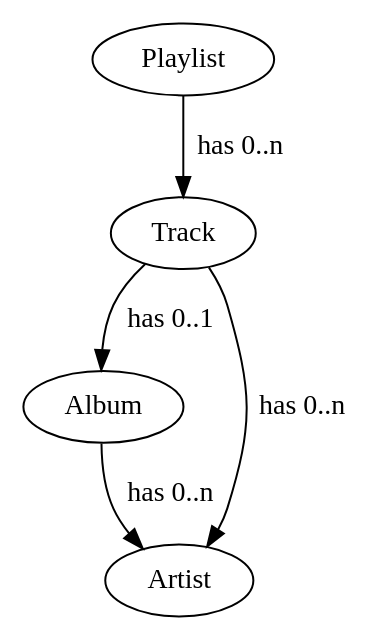
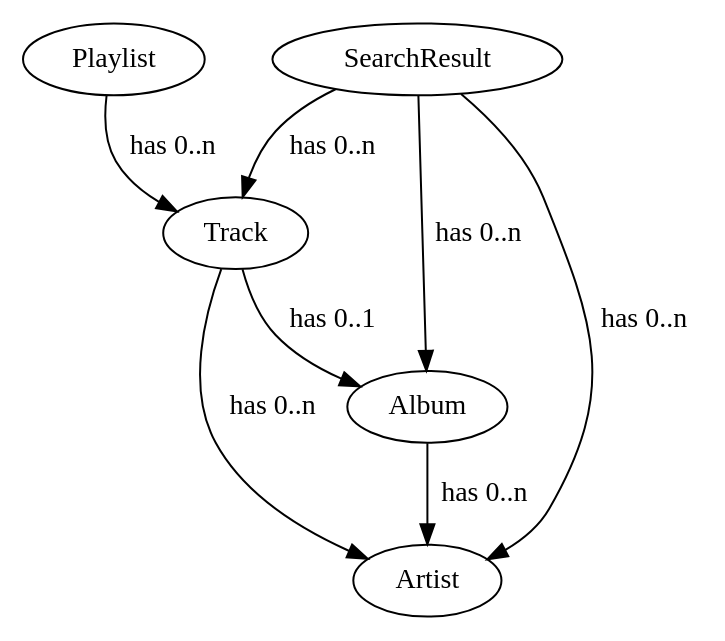
One commit to mopidy/mopidy changed the diagram in docs/api/models.rst. Above: the diagram before and after it, drawn with Graphviz.

Commit message:
docs: Add SearchResult to models diagram

```diff
--- a/docs/api/models.rst
+++ b/docs/api/models.rst
@@ -14,6 +14,10 @@
 .. digraph:: model_relations
 
     Playlist -> Track [ label="has 0..n" ]
     Track -> Album [ label="has 0..1" ]
     Track -> Artist [ label="has 0..n" ]
     Album -> Artist [ label="has 0..n" ]
+
+    SearchResult -> Artist [ label="has 0..n" ]
+    SearchResult -> Album [ label="has 0..n" ]
+    SearchResult -> Track [ label="has 0..n" ]
```
